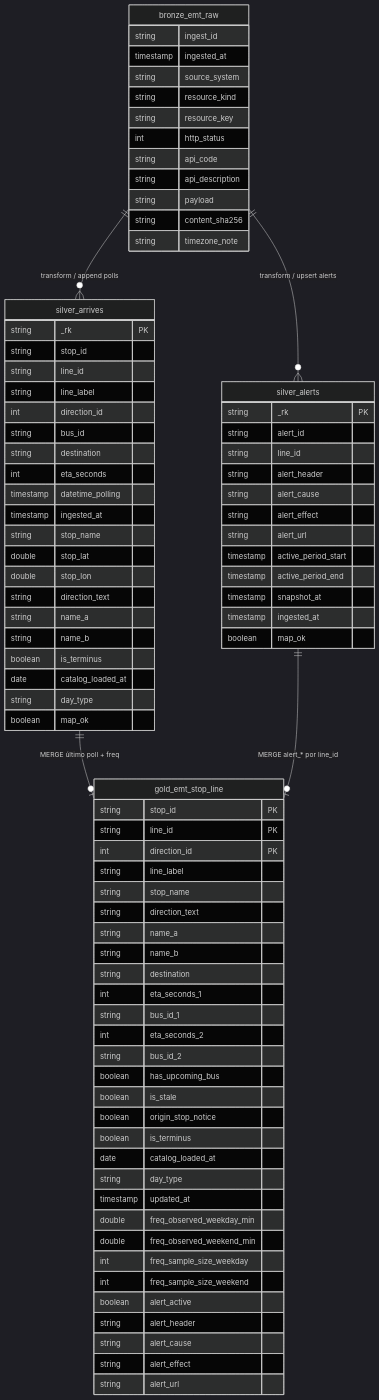
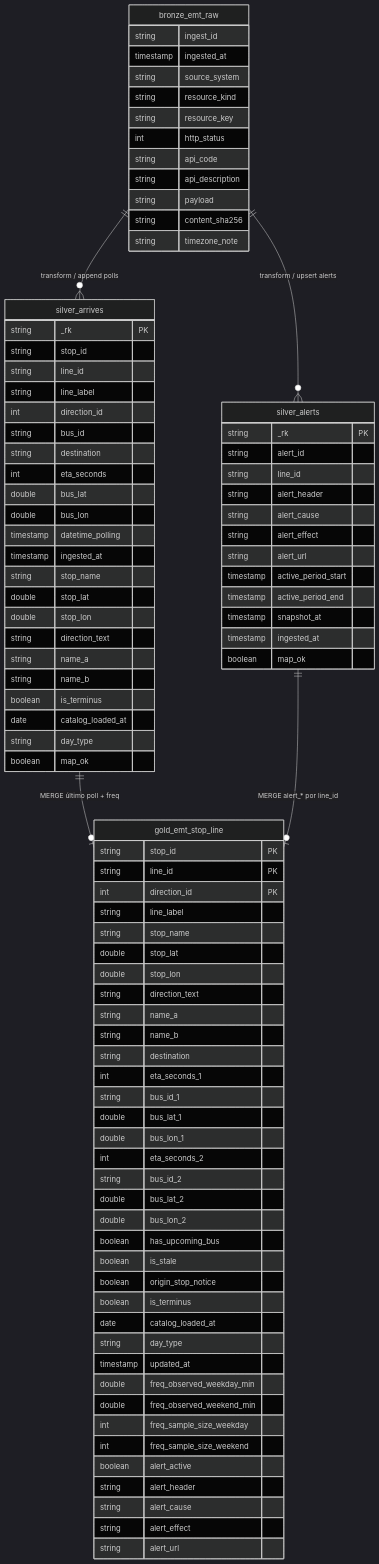
One commit to Bootcamp-IA-P6/Microsoft changed the second of 2 diagrams in docs/data-source-contract-v4.md. Above: the diagram before and after it, drawn with Mermaid (dark theme). The commit also changed other lines of this file and 10 other files, not shown here.

First line of the commit message:
feat(phase4): expose stop and live bus coords on Gold (ADR-039)

```diff
--- a/docs/data-source-contract-v4.md
+++ b/docs/data-source-contract-v4.md
@@ -174,6 +184,8 @@
     string bus_id
     string destination
     int eta_seconds
+    double bus_lat
+    double bus_lon
     timestamp datetime_polling
     timestamp ingested_at
     string stop_name
@@ -209,14 +221,20 @@
     int direction_id PK
     string line_label
     string stop_name
+    double stop_lat
+    double stop_lon
     string direction_text
     string name_a
     string name_b
     string destination
     int eta_seconds_1
     string bus_id_1
+    double bus_lat_1
+    double bus_lon_1
     int eta_seconds_2
     string bus_id_2
+    double bus_lat_2
+    double bus_lon_2
     boolean has_upcoming_bus
     boolean is_stale
     boolean origin_stop_notice
```
